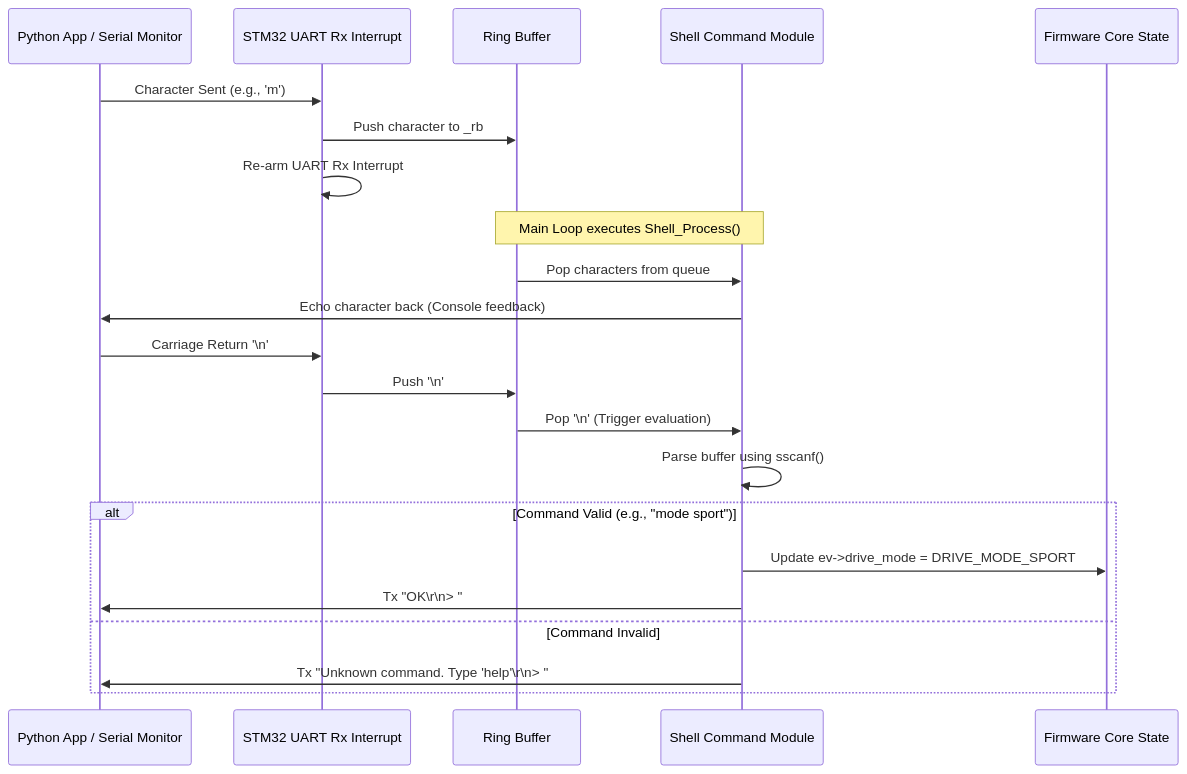
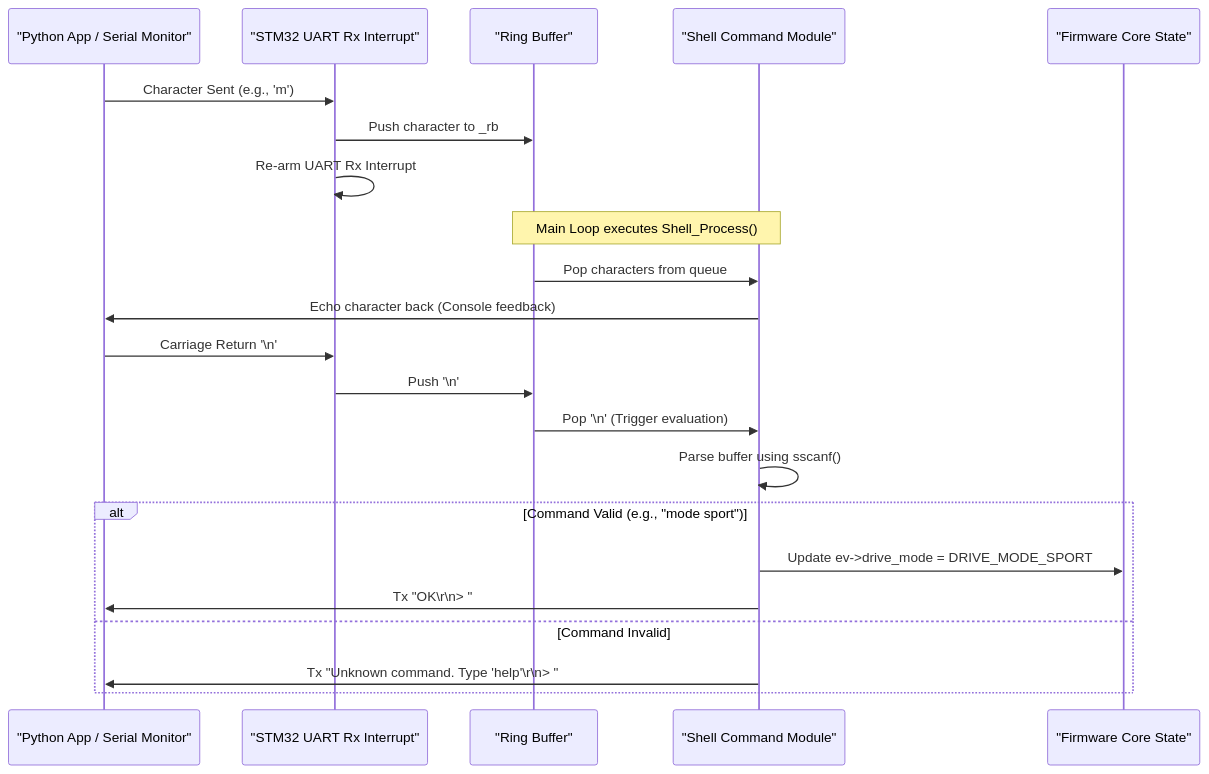
The seventh of 9 diagrams in ARCHITECTURE.md (ahana4banerjee/ev_adas_dashboard), drawn with Mermaid before and after one commit. The commit also changed other lines of this file, not shown here.

Commit message:
refactor: update Mermaid diagrams with consistent string quoting and clearer documentation labels

````diff
--- a/ARCHITECTURE.md
+++ b/ARCHITECTURE.md
@@ -388,28 +392,28 @@
 ```mermaid
 sequenceDiagram
-    participant PC as Python App / Serial Monitor
-    participant ISR as STM32 UART Rx Interrupt
-    participant RB as Ring Buffer
-    participant Shell as Shell Command Module
-    participant Core as Firmware Core State
+    participant PC as "Python App / Serial Monitor"
+    participant ISR as "STM32 UART Rx Interrupt"
+    participant RB as "Ring Buffer"
+    participant Shell as "Shell Command Module"
+    participant Core as "Firmware Core State"
 
     PC->>ISR: Character Sent (e.g., 'm')
     ISR->>RB: Push character to _rb
     ISR->>ISR: Re-arm UART Rx Interrupt
     
     Note over RB, Shell: Main Loop executes Shell_Process()
     RB->>Shell: Pop characters from queue
     Shell->>PC: Echo character back (Console feedback)
     
     PC->>ISR: Carriage Return '\n'
     ISR->>RB: Push '\n'
     RB->>Shell: Pop '\n' (Trigger evaluation)
     
     Shell->>Shell: Parse buffer using sscanf()
     alt Command Valid (e.g., "mode sport")
         Shell->>Core: Update ev->drive_mode = DRIVE_MODE_SPORT
         Shell->>PC: Tx "OK\r\n> "
     else Command Invalid
         Shell->>PC: Tx "Unknown command. Type 'help'\r\n> "
     end
 ```
````
